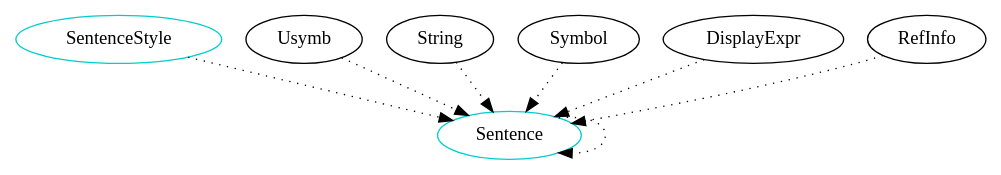
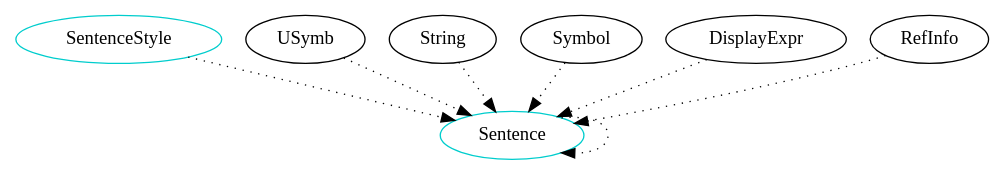
One commit to JacquesCarette/Drasil changed the diagram in People/Anthony/Type_Dependency_Graphs/Sentence.dot. Above: the diagram before and after it, drawn with Graphviz. The commit also changed 3 other files, not shown here.

```diff
--- a/People/Anthony/Type_Dependency_Graphs/Sentence.dot
+++ b/People/Anthony/Type_Dependency_Graphs/Sentence.dot
@@ -1,17 +1,17 @@
 digraph sentence {
 
     SentenceStyle -> Sentence [style="dotted"];
-    Usymb -> Sentence [style="dotted"];
+    USymb -> Sentence [style="dotted"];
     String -> Sentence [style="dotted"];
     Symbol -> Sentence [style="dotted"];
     DisplayExpr -> Sentence [style="dotted"];
     RefInfo -> Sentence [style="dotted"];
     Sentence -> Sentence [style="dotted"];
 
 
     /* definitions for each type component */
 	Sentence 	    [shape=oval, color=cyan3, label="Sentence"];
 	SentenceStyle	    [shape=oval, color=cyan3, label="SentenceStyle"];
 }
 
 /* dot -Tpng sample.dot -o sample.png */
```
